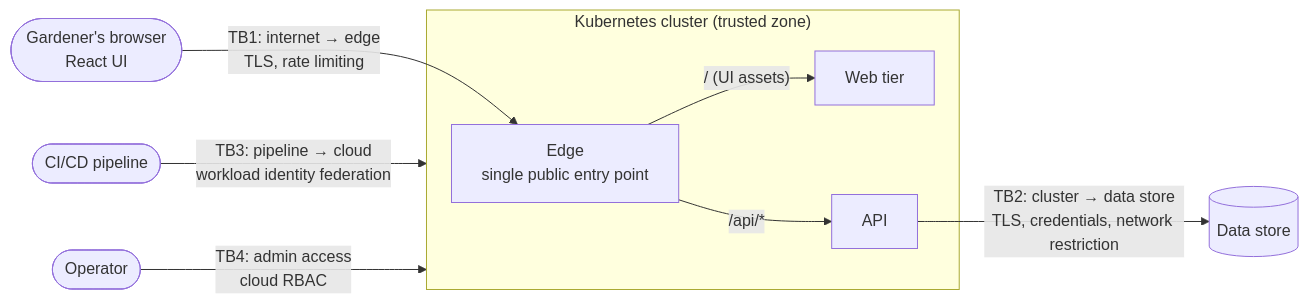
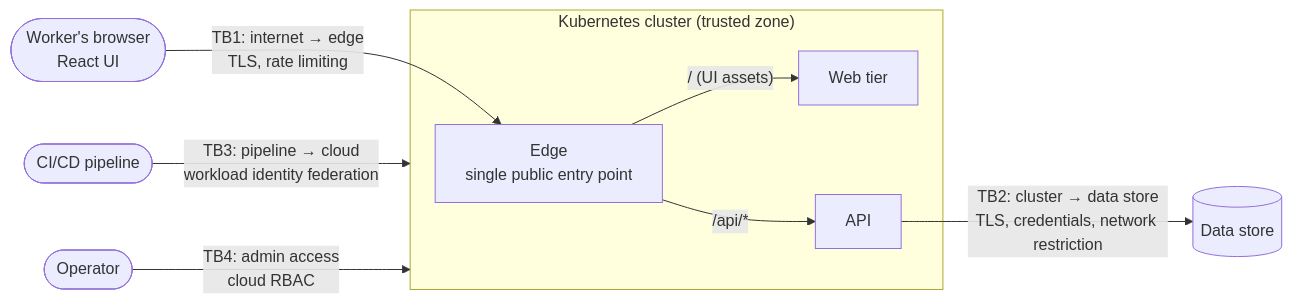
One commit to ring9834/MyTodos changed the first of 2 diagrams in docs/adr/0001-security-authentication-and-authorization.md. Above: the diagram before and after it, drawn with Mermaid. The commit also changed other lines of this file and 7 other files, not shown here.

````diff
--- a/docs/adr/0001-security-authentication-and-authorization.md
+++ b/docs/adr/0001-security-authentication-and-authorization.md
@@ -48,11 +48,11 @@
 ```mermaid
 flowchart LR
-    U([Gardener's browser<br/>React UI]) -- "TB1: internet → edge<br/>TLS, rate limiting" --> E[Edge<br/>single public entry point]
+    U([Worker's browser<br/>React UI]) -- "TB1: internet → edge<br/>TLS, rate limiting" --> E[Edge<br/>single public entry point]
     subgraph K["Kubernetes cluster (trusted zone)"]
         E -- "/ (UI assets)" --> W[Web tier]
         E -- "/api/*" --> A[API]
     end
     A -- "TB2: cluster → data store<br/>TLS, credentials, network restriction" --> D[(Data store)]
     CI([CI/CD pipeline]) -- "TB3: pipeline → cloud<br/>workload identity federation" --> K
     O([Operator]) -- "TB4: admin access<br/>cloud RBAC" --> K
 ```
````
